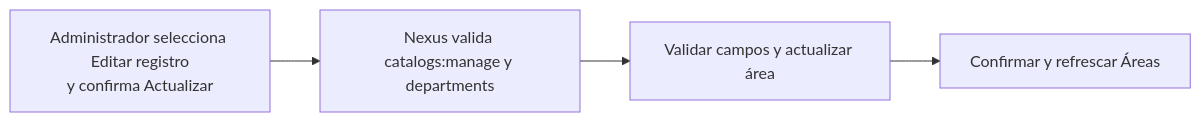
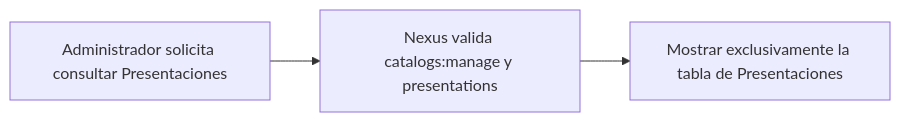
The diagram in docs/requirements/diagrams/catalogs/cu-cat-33.md (gpgsistemas01/nexus), drawn with Mermaid before and after one commit. The commit also changed other lines of this file and 126 other files, not shown here.

````diff
--- a/docs/requirements/diagrams/catalogs/cu-cat-33.md
+++ b/docs/requirements/diagrams/catalogs/cu-cat-33.md
@@ -3,6 +3,5 @@
 ```mermaid
 flowchart LR
-    request["Administrador selecciona Editar registro<br/>y confirma Actualizar"] --> authorize["Nexus valida catalogs:manage y departments"]
-    authorize --> persist["Validar campos y actualizar área"]
-    persist --> result["Confirmar y refrescar Áreas"]
+    request["Administrador solicita consultar Presentaciones"] --> authorize["Nexus valida catalogs:manage y presentations"]
+    authorize --> result["Mostrar exclusivamente la tabla de Presentaciones"]
 ```
````
